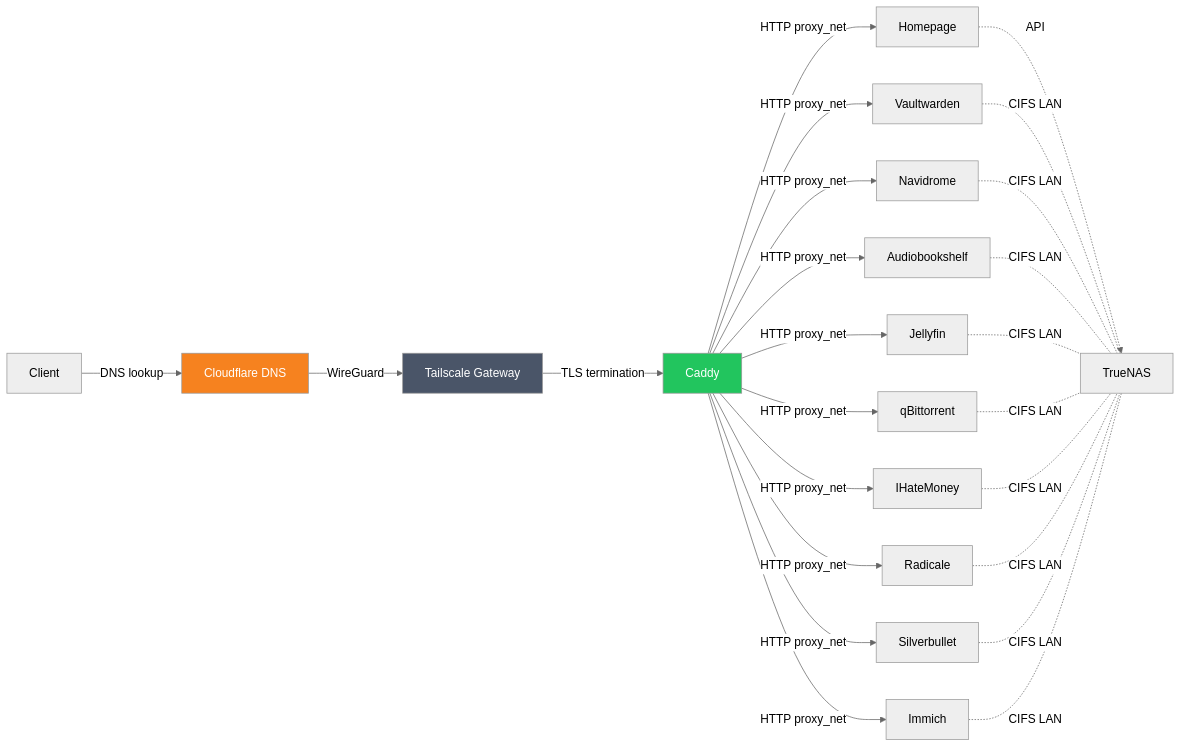
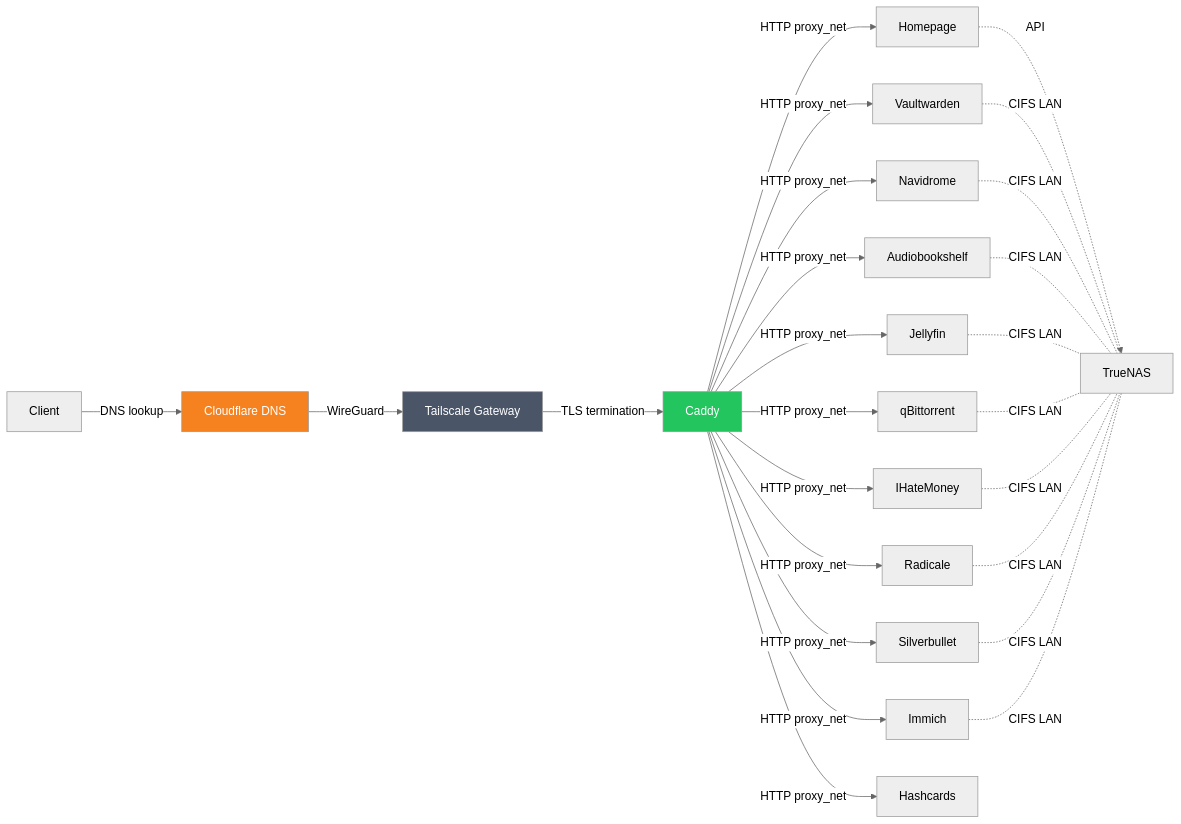
Before and after one commit to masolnada/homelab: the second of 2 diagrams in README.md, drawn with Mermaid (neutral theme). The commit also changed other lines of this file and 7 other files, not shown here.

````diff
--- a/README.md
+++ b/README.md
@@ -84,30 +89,31 @@
 ```mermaid
 graph LR
     Client -->|DNS lookup| CF[Cloudflare DNS]
     CF -->|WireGuard| TS[Tailscale Gateway]
     TS -->|TLS termination| Caddy
     Caddy -->|HTTP proxy_net| Homepage
     Caddy -->|HTTP proxy_net| Vaultwarden
     Caddy -->|HTTP proxy_net| Navidrome
     Caddy -->|HTTP proxy_net| Audiobookshelf
     Caddy -->|HTTP proxy_net| IHateMoney
     Caddy -->|HTTP proxy_net| Jellyfin
     Caddy -->|HTTP proxy_net| qBittorrent
     Caddy -->|HTTP proxy_net| Radicale
     Caddy -->|HTTP proxy_net| Silverbullet
     Caddy -->|HTTP proxy_net| Immich
+    Caddy -->|HTTP proxy_net| Hashcards
     Homepage -.->|API| NAS[TrueNAS]
     Vaultwarden -.-|CIFS LAN| NAS
     Navidrome -.-|CIFS LAN| NAS
     Audiobookshelf -.-|CIFS LAN| NAS
     Jellyfin -.-|CIFS LAN| NAS
     qBittorrent -.-|CIFS LAN| NAS
     IHateMoney -.-|CIFS LAN| NAS
     Radicale -.-|CIFS LAN| NAS
     Silverbullet -.-|CIFS LAN| NAS
     Immich -.-|CIFS LAN| NAS
 
     style CF fill:#f6821f,color:#fff
     style TS fill:#4a5568,color:#fff
     style Caddy fill:#22c55e,color:#fff
 ```
````
